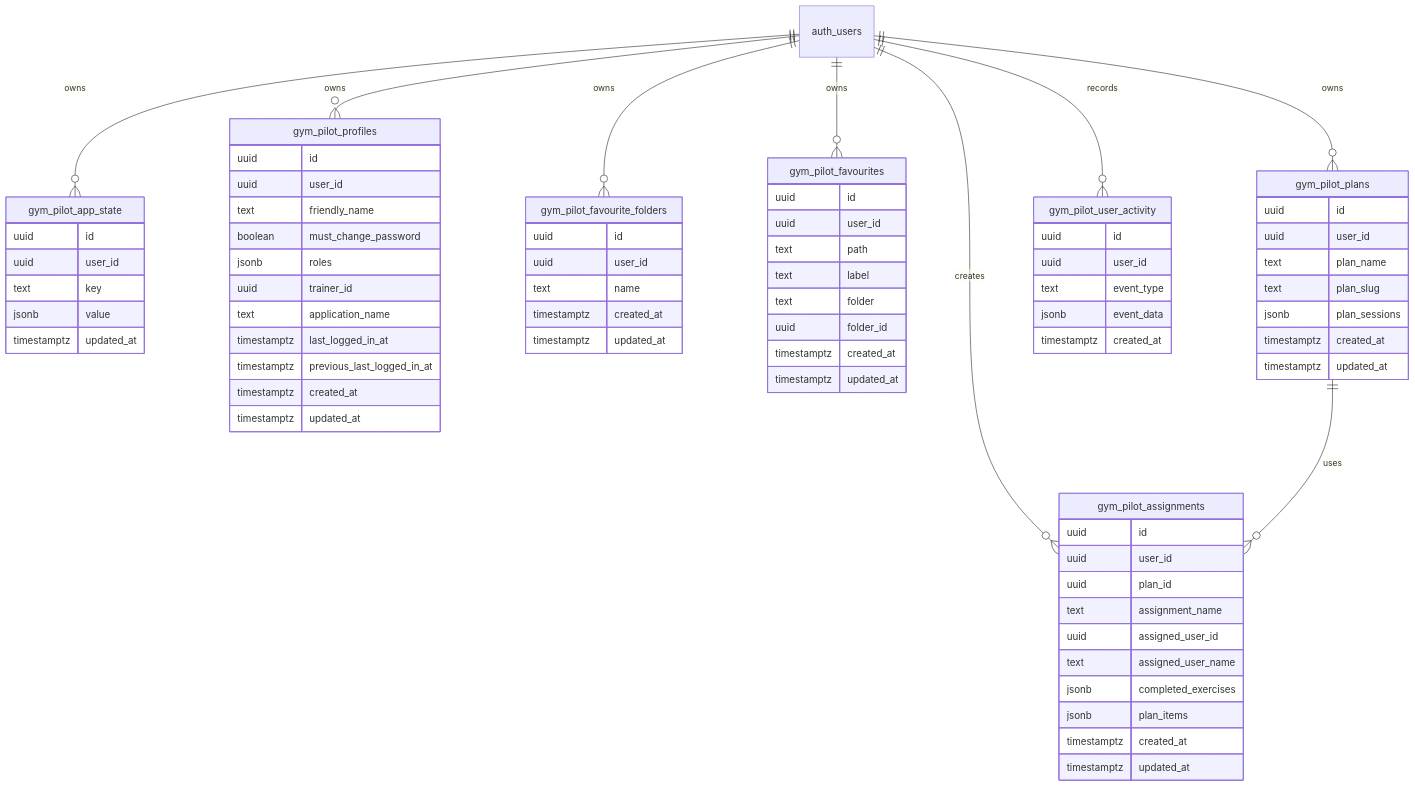
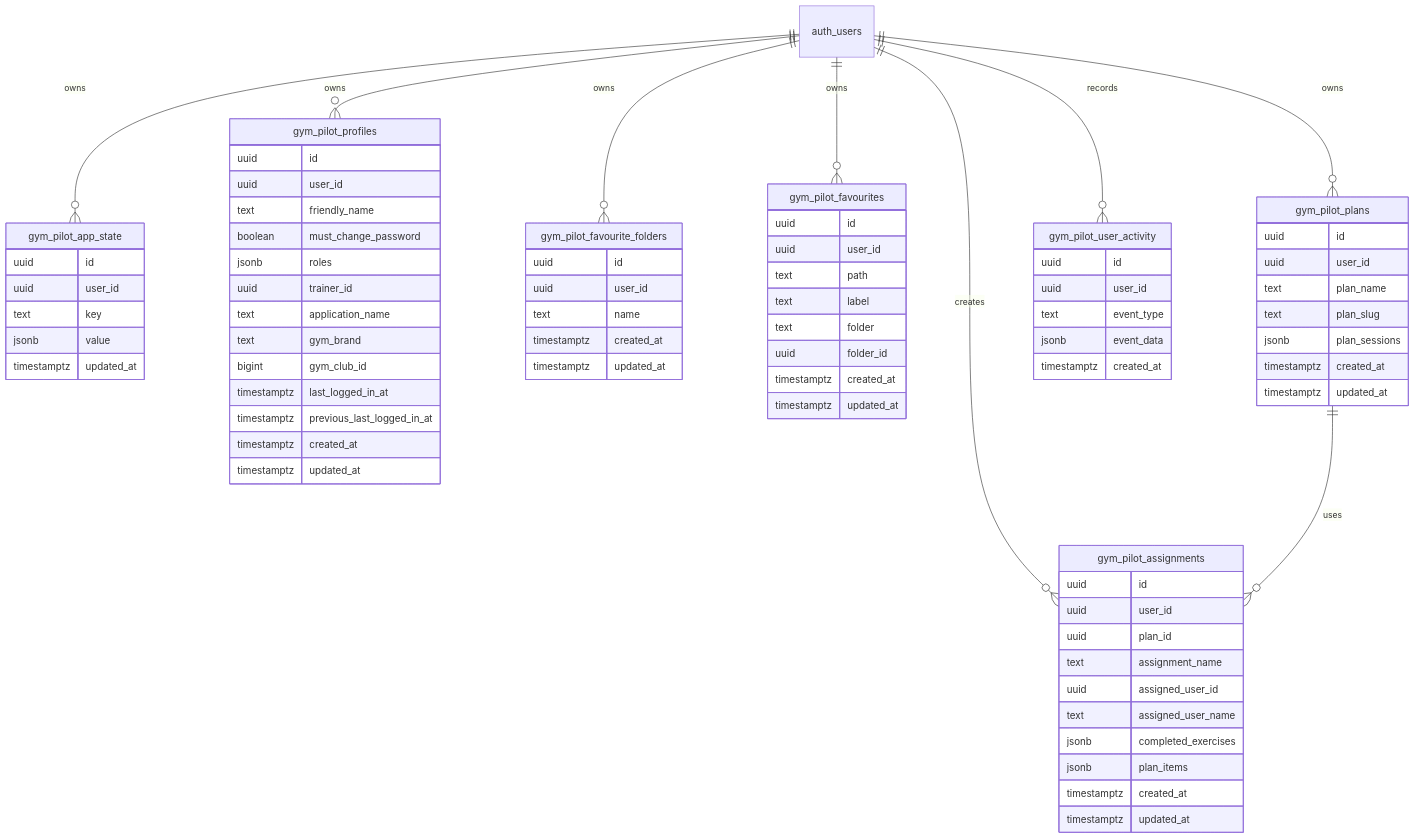
One commit to asudbury/gym-pilot changed the diagram in docs/data-schema.md. Above: the diagram before and after it, drawn with Mermaid. The commit also changed other lines of this file and 24 other files, not shown here.

```diff
--- a/docs/data-schema.md
+++ b/docs/data-schema.md
@@ -124,6 +124,8 @@
         jsonb roles
         uuid trainer_id
         text application_name
+        text gym_brand
+        bigint gym_club_id
         timestamptz last_logged_in_at
         timestamptz previous_last_logged_in_at
         timestamptz created_at
```
